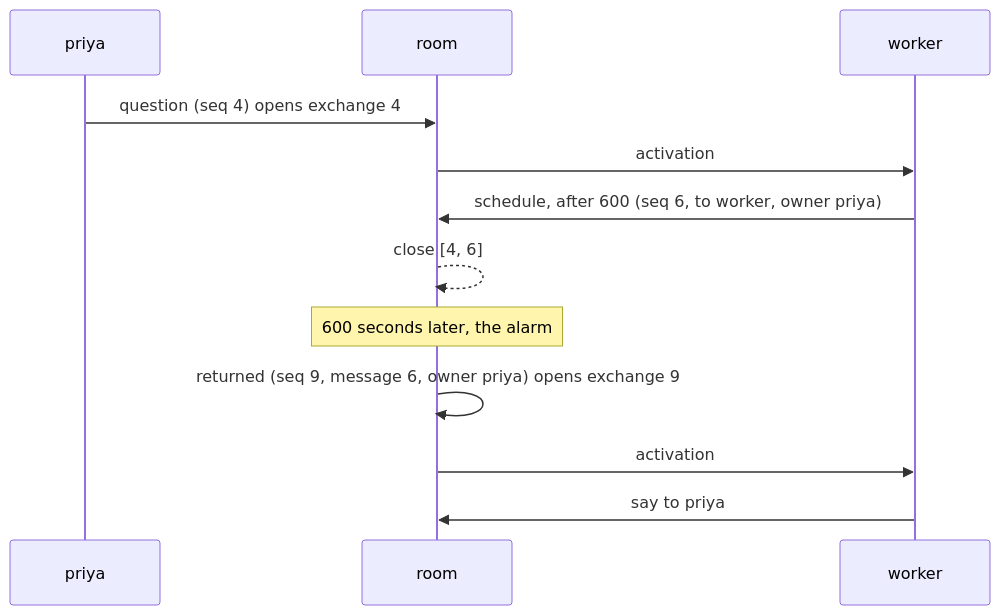
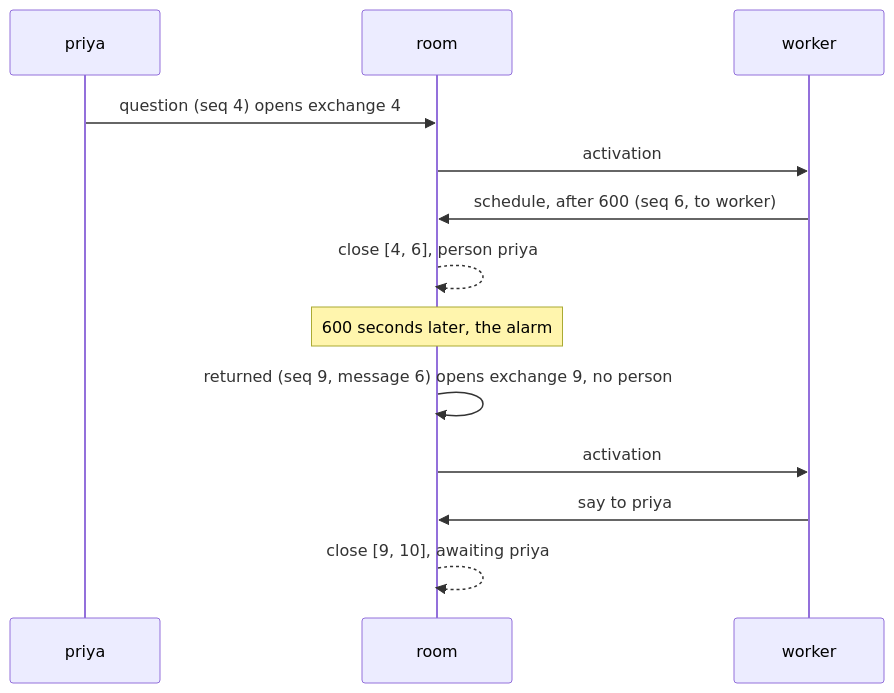
Before and after one commit to ambionframework/ambion: the second of 2 diagrams in docs/exchange.md, drawn with Mermaid. The commit also changed other lines of this file and 122 other files, not shown here.

First line of the commit message:
Let an exchange have no owner, and a scheduled say carry none (S1) (#363)

````diff
--- a/docs/exchange.md
+++ b/docs/exchange.md
@@ -80,14 +99,15 @@
 ```mermaid
 sequenceDiagram
     participant P as priya
     participant R as room
     participant W as worker
     P->>R: question (seq 4) opens exchange 4
     R->>W: activation
-    W->>R: schedule, after 600 (seq 6, to worker, owner priya)
-    R-->>R: close [4, 6]
+    W->>R: schedule, after 600 (seq 6, to worker)
+    R-->>R: close [4, 6], person priya
     Note over R: 600 seconds later, the alarm
-    R->>R: returned (seq 9, message 6, owner priya) opens exchange 9
+    R->>R: returned (seq 9, message 6) opens exchange 9, no person
     R->>W: activation
     W->>R: say to priya
+    R-->>R: close [9, 10], awaiting priya
 ```
````
